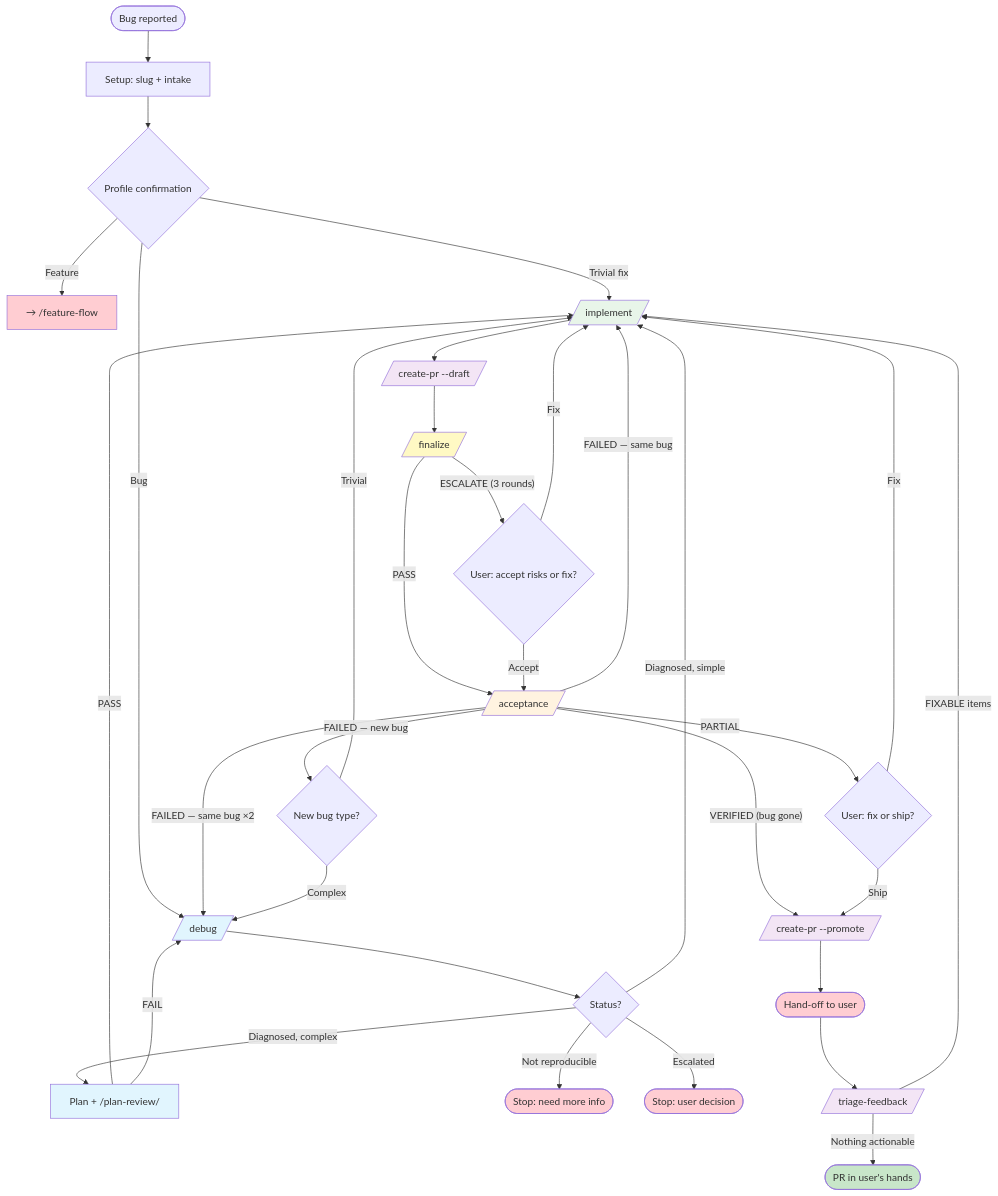
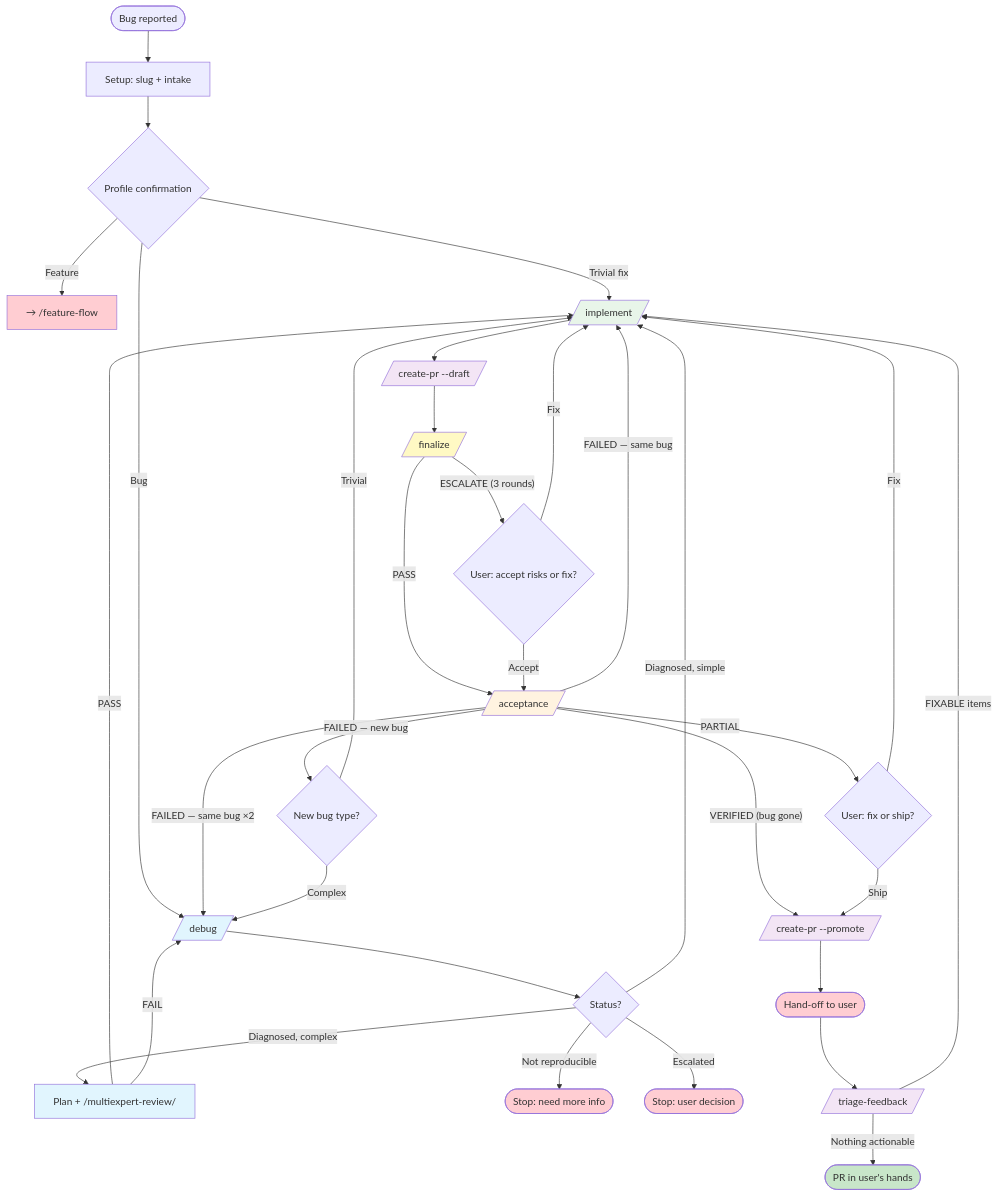
Before and after one commit to kirich1409/krozov-ai-tools: the second of 2 diagrams in plugins/developer-workflow/docs/ORCHESTRATORS.md, drawn with Mermaid. The commit also changed other lines of this file and 24 other files, not shown here.

First line of the commit message:
Generalize plan-review into multiexpert-review with profiles (#101)

````diff
--- a/plugins/developer-workflow/docs/ORCHESTRATORS.md
+++ b/plugins/developer-workflow/docs/ORCHESTRATORS.md
@@ -120,55 +120,55 @@
 ```mermaid
 flowchart TD
     start([Bug reported]) --> setup[Setup: slug + intake]
     setup --> confirm{Profile confirmation}
     confirm -->|Feature| redirect_feat[→ /feature-flow]
     confirm -->|Trivial fix| impl
     confirm -->|Bug| debug
 
     debug[/debug/] --> debug_result{Status?}
     debug_result -->|Diagnosed, simple| impl
-    debug_result -->|Diagnosed, complex| plan[Plan + /plan-review/]
+    debug_result -->|Diagnosed, complex| plan[Plan + /multiexpert-review/]
     debug_result -->|Not reproducible| stop_nr([Stop: need more info])
     debug_result -->|Escalated| stop_esc([Stop: user decision])
 
     plan -->|PASS| impl
     plan -->|FAIL| debug
 
     impl[/implement/] --> draft_pr[/create-pr --draft/]
     draft_pr --> finalize[/finalize/]
     finalize -->|PASS| acceptance[/acceptance/]
     finalize -->|"ESCALATE (3 rounds)"| finalize_decide{User: accept risks or fix?}
     finalize_decide -->|Fix| impl
     finalize_decide -->|Accept| acceptance
 
     acceptance -->|"VERIFIED (bug gone)"| create_pr
     acceptance -->|"FAILED — same bug"| impl
     acceptance -->|"FAILED — same bug ×2"| debug
     acceptance -->|"FAILED — new bug"| route_new{New bug type?}
     acceptance -->|PARTIAL| user_decision{User: fix or ship?}
 
     route_new -->|Trivial| impl
     route_new -->|Complex| debug
 
     user_decision -->|Fix| impl
     user_decision -->|Ship| create_pr
 
     create_pr[/create-pr --promote/] --> handoff([Hand-off to user])
     handoff --> triage[/triage-feedback/]
     triage -->|FIXABLE items| impl
     triage -->|Nothing actionable| done([PR in user's hands])
 
     style debug fill:#e1f5fe
     style plan fill:#e1f5fe
     style impl fill:#e8f5e9
     style finalize fill:#fff9c4
     style draft_pr fill:#f3e5f5
     style acceptance fill:#fff3e0
     style create_pr fill:#f3e5f5
     style triage fill:#f3e5f5
     style handoff fill:#ffcdd2
     style stop_nr fill:#ffcdd2
     style stop_esc fill:#ffcdd2
     style done fill:#c8e6c9
     style redirect_feat fill:#ffcdd2
 ```
````
